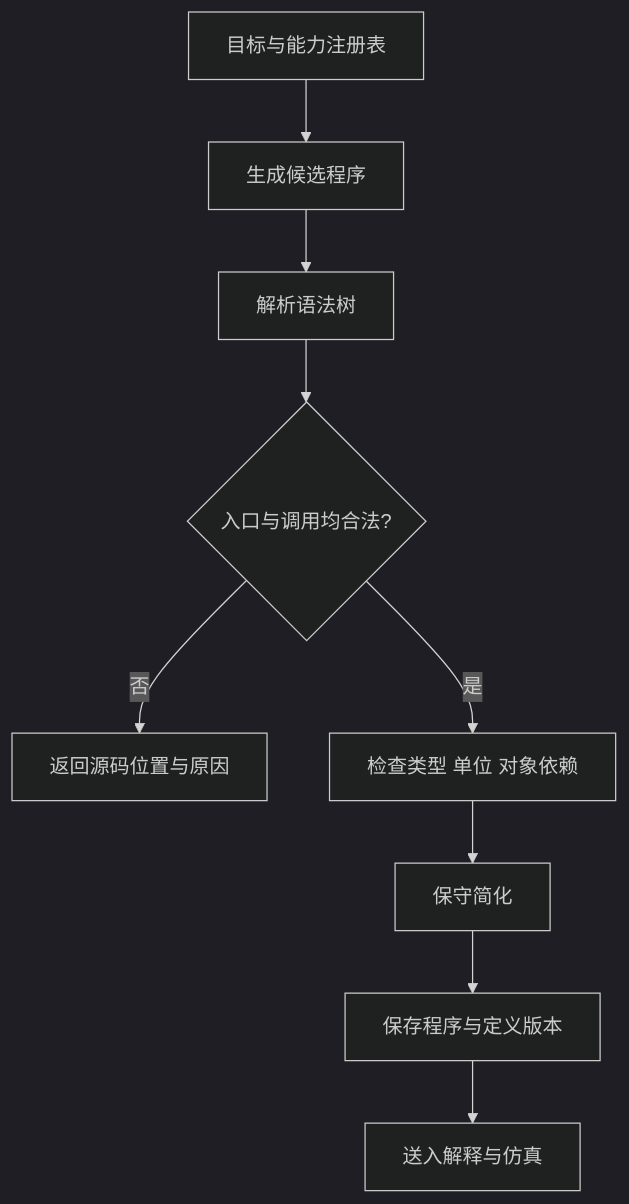
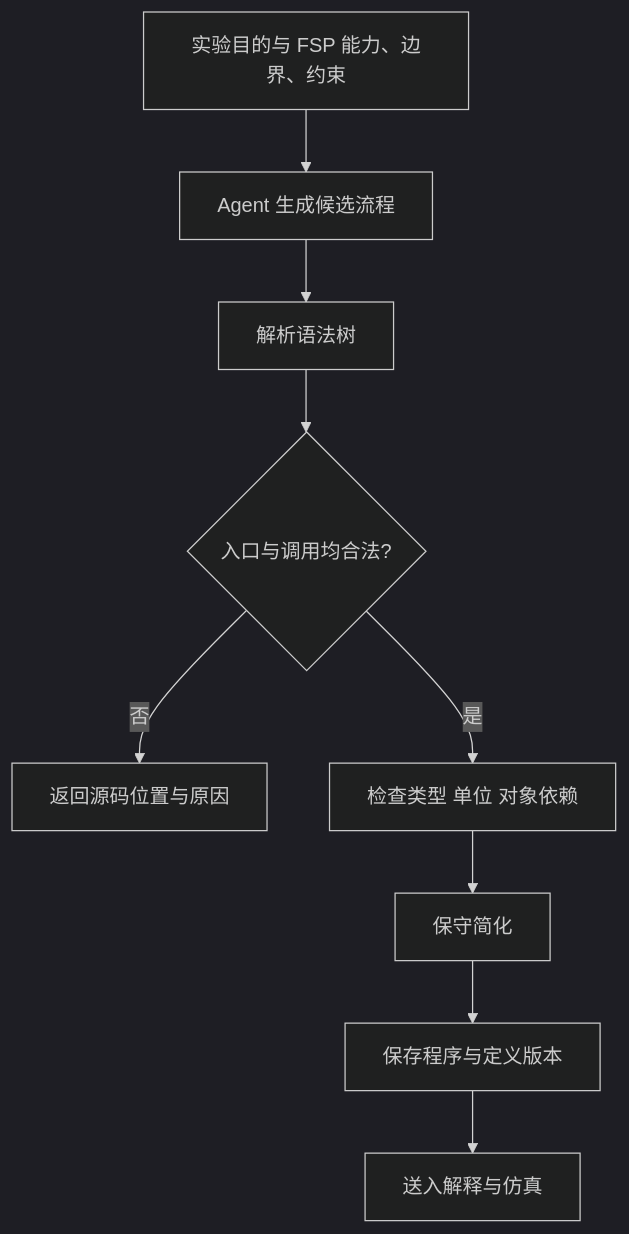
The first of 2 diagrams in docs/specification/engine/compiler.mdx (lijiehelloworld/automationlaboratoryprotocol), drawn with Mermaid (dark theme) before and after one commit. The commit also changed other lines of this file and 21 other files, not shown here.

````diff
--- a/docs/specification/engine/compiler.mdx
+++ b/docs/specification/engine/compiler.mdx
@@ -20,11 +22,11 @@
 ```mermaid
 flowchart TD
-    A[目标与能力注册表] --> B[生成候选程序]
+    A[实验目的与 FSP 能力、边界、约束] --> B[Agent 生成候选流程]
     B --> C[解析语法树]
     C --> D{入口与调用均合法?}
     D -->|否| E[返回源码位置与原因]
     D -->|是| F[检查类型 单位 对象依赖]
     F --> G[保守简化]
     G --> H[保存程序与定义版本]
     H --> I[送入解释与仿真]
 ```
````
